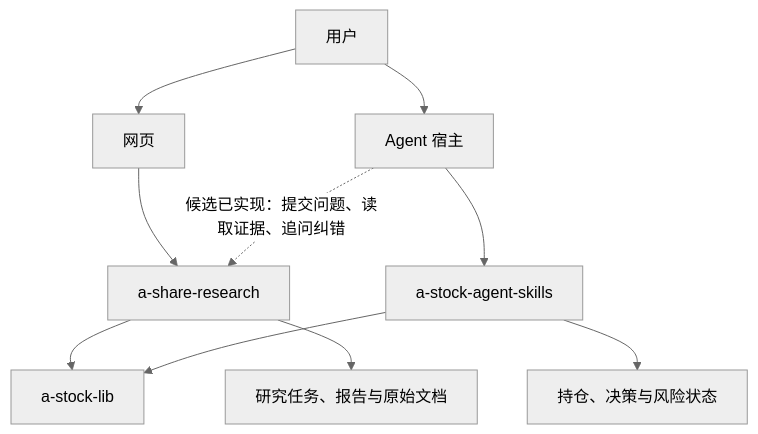
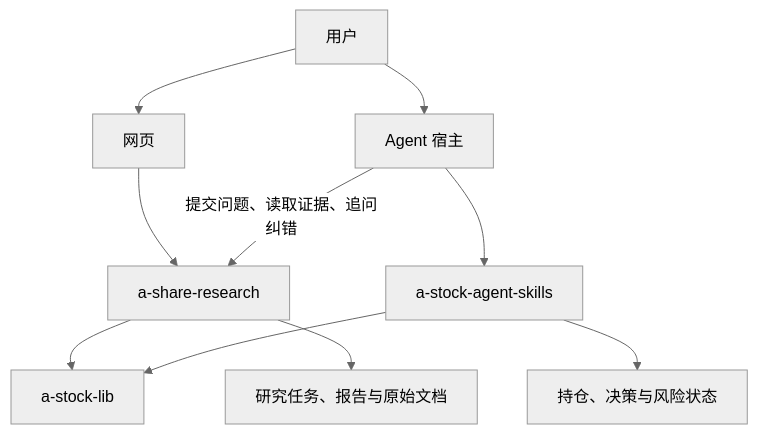
One commit to on195594/a-share-research changed the diagram in docs/project-contract.md. Above: the diagram before and after it, drawn with Mermaid (neutral theme). The commit also changed other lines of this file and 3 other files, not shown here.

````diff
--- a/docs/project-contract.md
+++ b/docs/project-contract.md
@@ -11,12 +11,12 @@
 ```mermaid
 flowchart TD
     U[用户] --> W[网页]
     W --> R[a-share-research]
     U --> H[Agent 宿主]
     H --> S[a-stock-agent-skills]
     R --> L[a-stock-lib]
     S --> L
     R --> RD[研究任务、报告与原始文档]
     S --> SD[持仓、决策与风险状态]
-    H -. 候选已实现：提交问题、读取证据、追问纠错 .-> R
+    H -->|提交问题、读取证据、追问纠错| R
 ```
````
